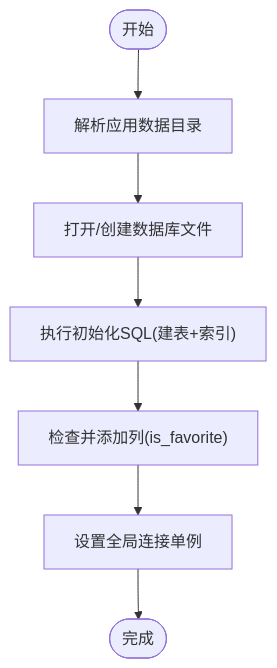
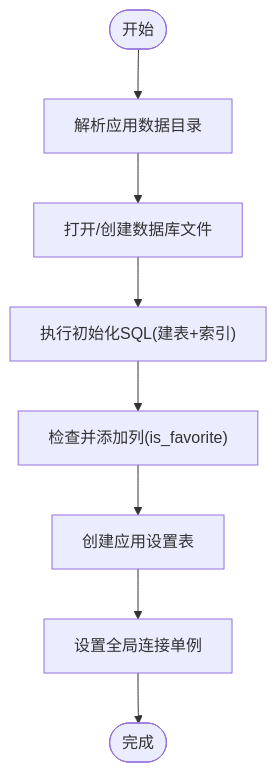
One commit to YLee9527/Medex changed the fourth of 6 diagrams in doc/repowiki/zh/content/后端开发/数据库设计.md. Above: the diagram before and after it, drawn with Mermaid. The commit also changed other lines of this file and 31 other files, not shown here.

First line of the commit message:
docs(doc): 添加部署脚本、锁屏功能、发布指南及设置按钮图标文档

````diff
--- a/doc/repowiki/zh/content/后端开发/数据库设计.md
+++ b/doc/repowiki/zh/content/后端开发/数据库设计.md
@@ -199,9 +233,10 @@
 ```mermaid
 flowchart TD
 Start(["开始"]) --> Resolve["解析应用数据目录"]
 Resolve --> Open["打开/创建数据库文件"]
 Open --> ExecInit["执行初始化SQL(建表+索引)"]
 ExecInit --> EnsureCol["检查并添加列(is_favorite)"]
-EnsureCol --> SetSingleton["设置全局连接单例"]
+EnsureCol --> EnsureSettings["创建应用设置表"]
+EnsureSettings --> SetSingleton["设置全局连接单例"]
 SetSingleton --> Done(["完成"])
 ```
````
